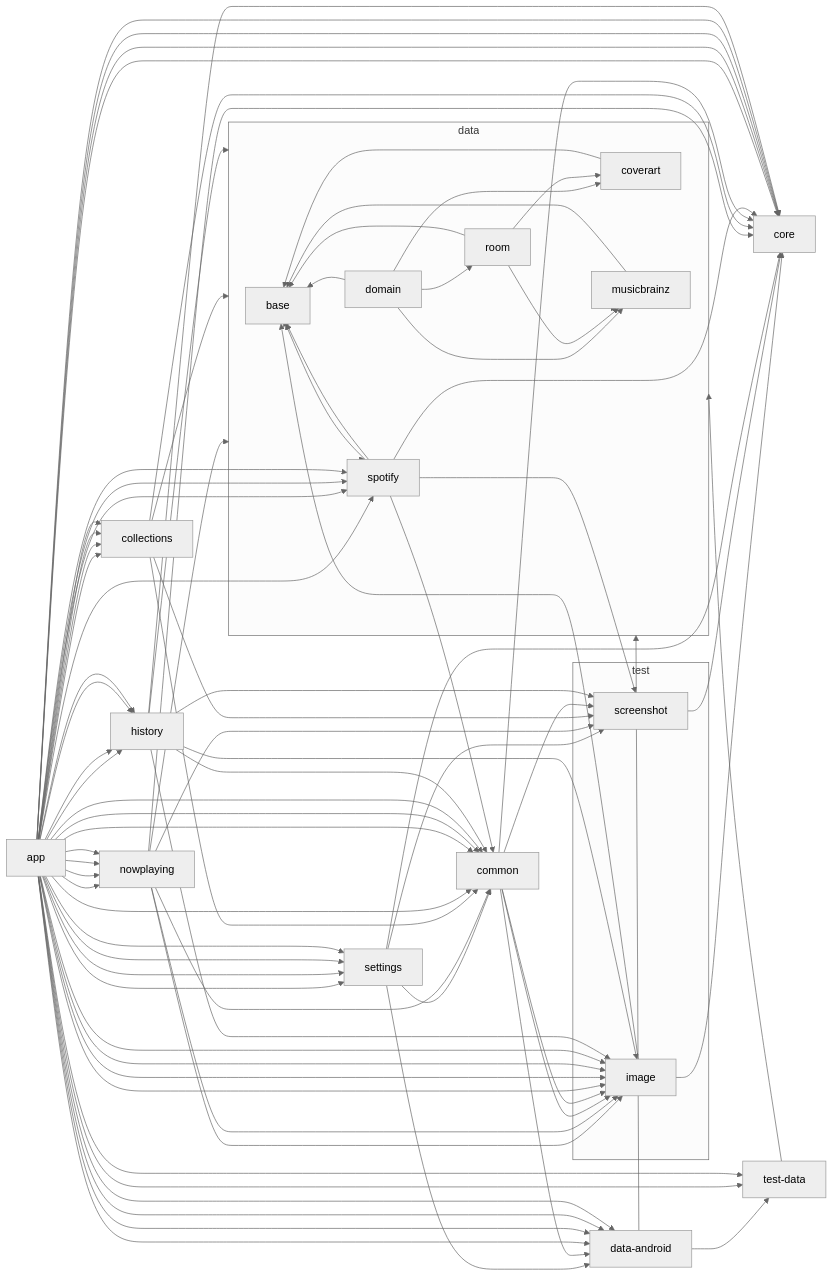
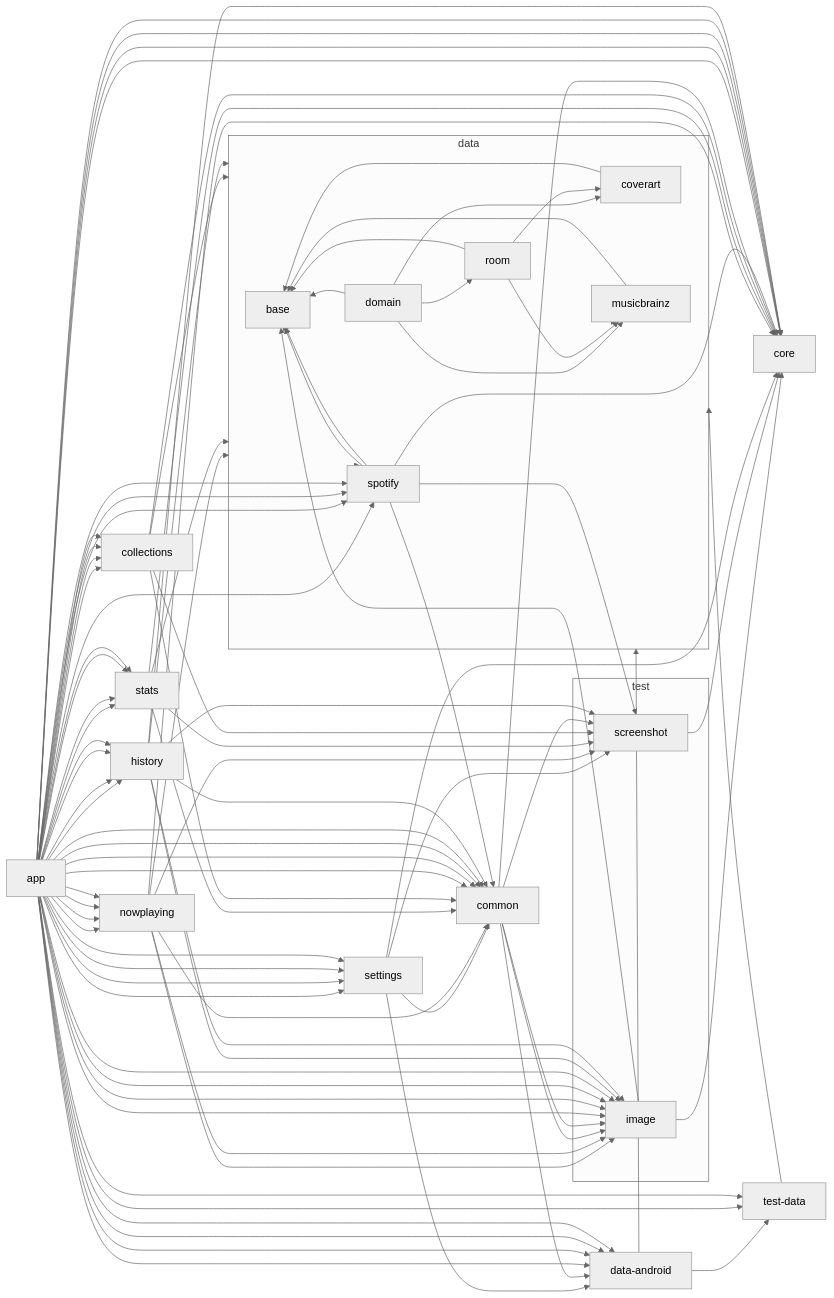
Before and after one commit to lydavid/MusicSearch: the diagram in README.md, drawn with Mermaid.

Commit message:
chore: update module graph [skip ci]

```diff
--- a/README.md
+++ b/README.md
@@ -92,6 +92,10 @@
   nowplaying --> image
   nowplaying --> screenshot
   test-data --> data
+  stats --> data
+  stats --> common
+  stats --> core
+  stats --> screenshot
   musicbrainz --> base
   spotify --> base
   collections --> data
@@ -117,6 +121,7 @@
   app --> nowplaying
   app --> settings
   app --> spotify
+  app --> stats
   app --> data-android
   app --> common
   app --> core
@@ -126,6 +131,7 @@
   app --> nowplaying
   app --> settings
   app --> spotify
+  app --> stats
   app --> data-android
   app --> common
   app --> core
@@ -135,6 +141,7 @@
   app --> nowplaying
   app --> settings
   app --> spotify
+  app --> stats
   app --> data-android
   app --> common
   app --> core
@@ -144,6 +151,7 @@
   app --> nowplaying
   app --> settings
   app --> spotify
+  app --> stats
   app --> test-data
   coverart --> base
   history --> data
```
